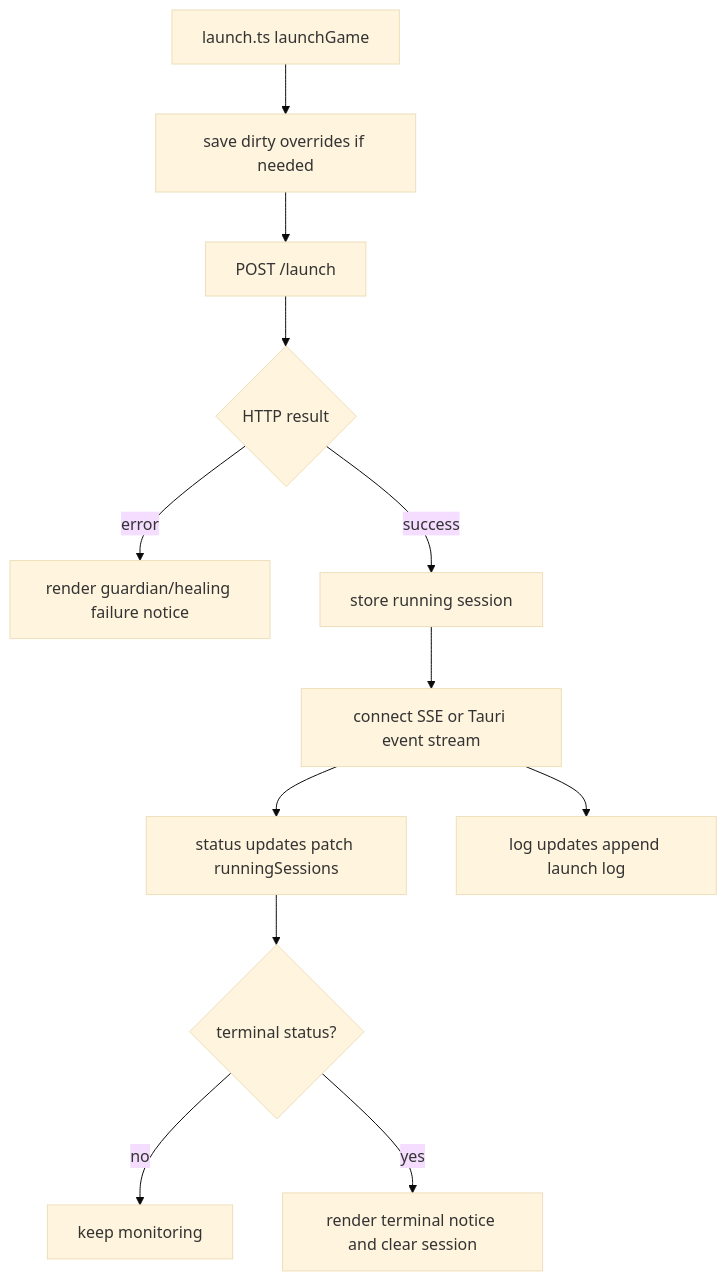
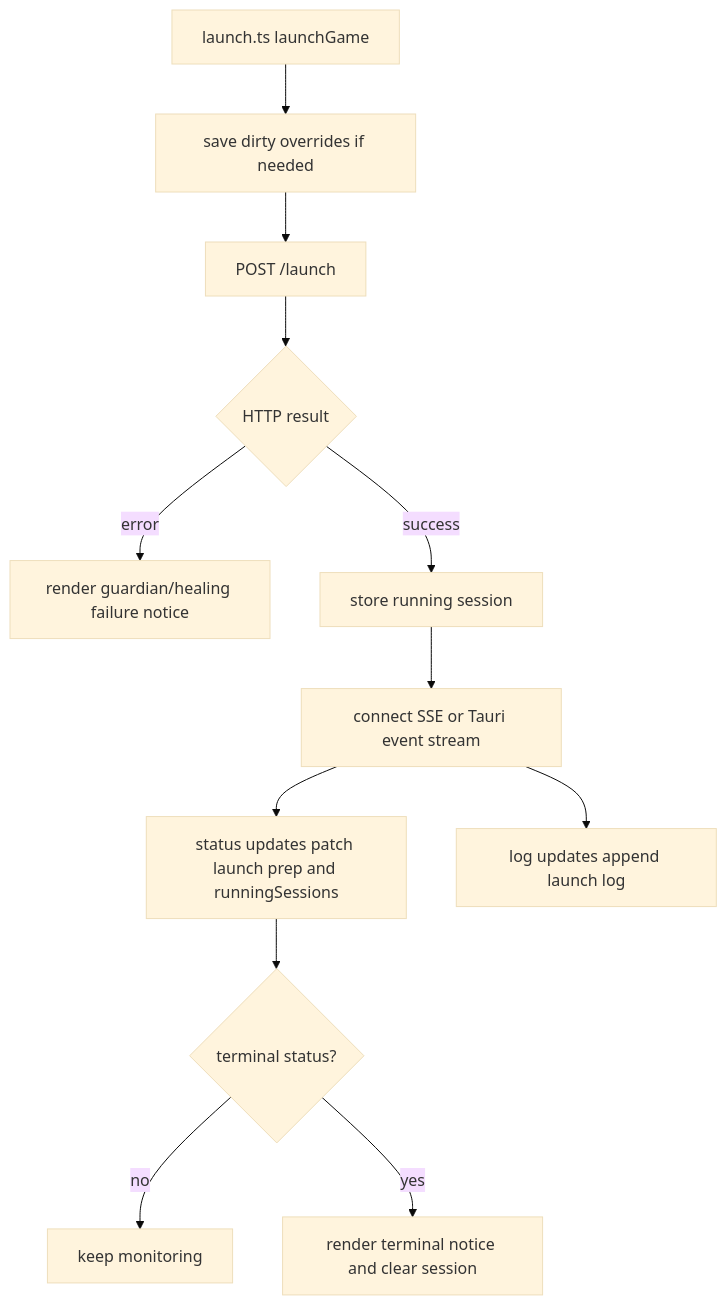
One commit to mateoltd/croopor changed the fifth of 9 diagrams in docs/ARCHITECTURE.md. Above: the diagram before and after it, drawn with Mermaid (base theme). The commit also changed other lines of this file and 1 other file, not shown here.

Commit message:
docs: record launcher architecture and product brief

````diff
--- a/docs/ARCHITECTURE.md
+++ b/docs/ARCHITECTURE.md
@@ -136,14 +145,14 @@
 ```mermaid
 flowchart TD
     A[launch.ts launchGame] --> B[save dirty overrides if needed]
     B --> C[POST /launch]
     C --> D{HTTP result}
     D -->|error| E[render guardian/healing failure notice]
     D -->|success| F[store running session]
     F --> G[connect SSE or Tauri event stream]
-    G --> H[status updates patch runningSessions]
+    G --> H[status updates patch launch prep and runningSessions]
     G --> I[log updates append launch log]
     H --> J{terminal status?}
     J -->|no| K[keep monitoring]
     J -->|yes| L[render terminal notice and clear session]
 ```
````
